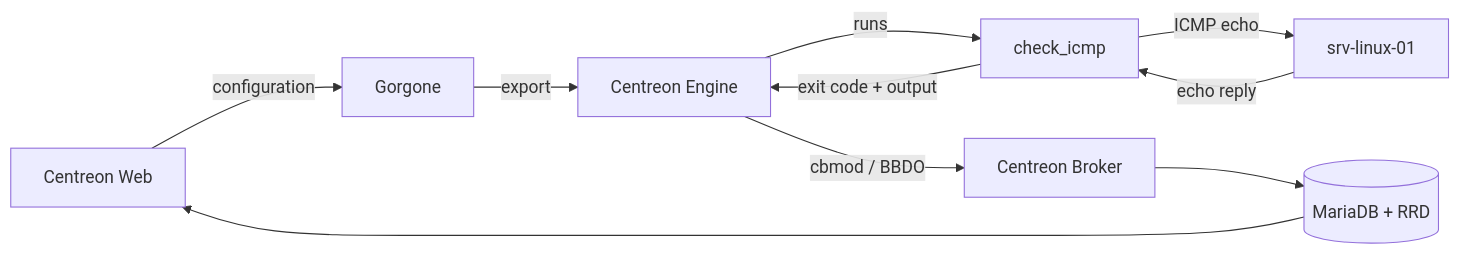
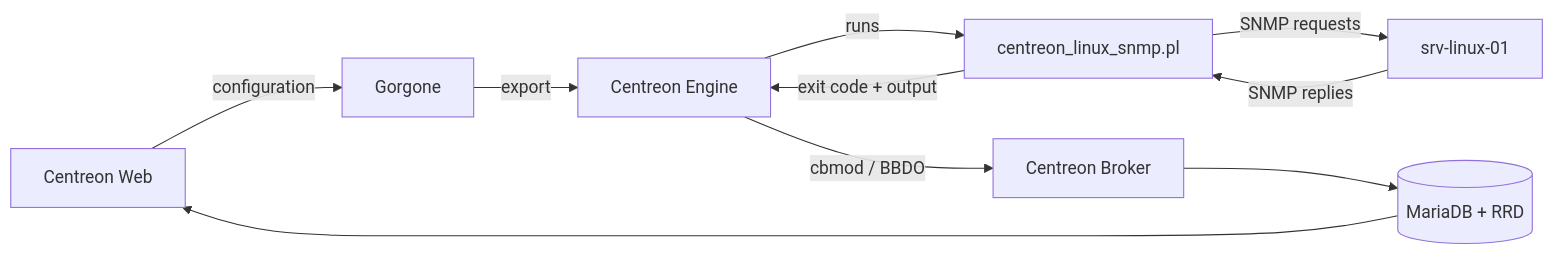
Before and after one commit to centreon/centreon-documentation: the diagram in pp/workflow-service-check.md, drawn with Mermaid. The commit also changed other lines of this file and 4 other files, not shown here.

````diff
--- a/pp/workflow-service-check.md
+++ b/pp/workflow-service-check.md
@@ -28,12 +33,12 @@
 ```mermaid
 flowchart LR
     A[Centreon Web] -->|configuration| B[Gorgone]
     B -->|export| C[Centreon Engine]
-    C -->|runs| D[check_icmp]
-    D -->|ICMP echo| E[srv-linux-01]
-    E -->|echo reply| D
+    C -->|runs| D[centreon_linux_snmp.pl]
+    D -->|SNMP requests| E[srv-linux-01]
+    E -->|SNMP replies| D
     D -->|exit code + output| C
     C -->|cbmod / BBDO| F[Centreon Broker]
     F --> G[(MariaDB + RRD)]
     G --> A
 ```
````
